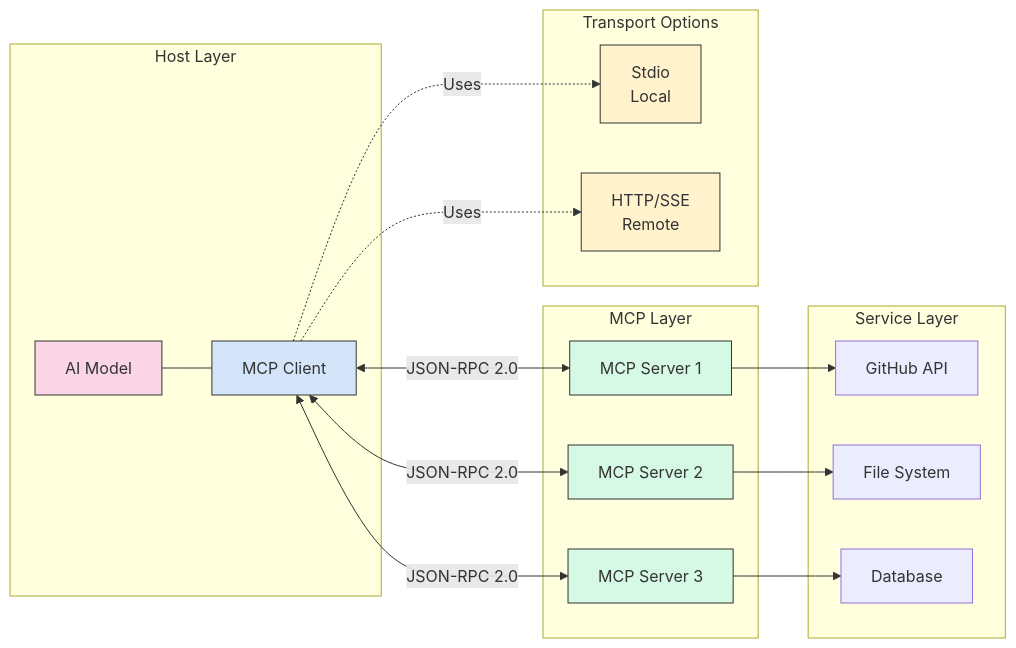
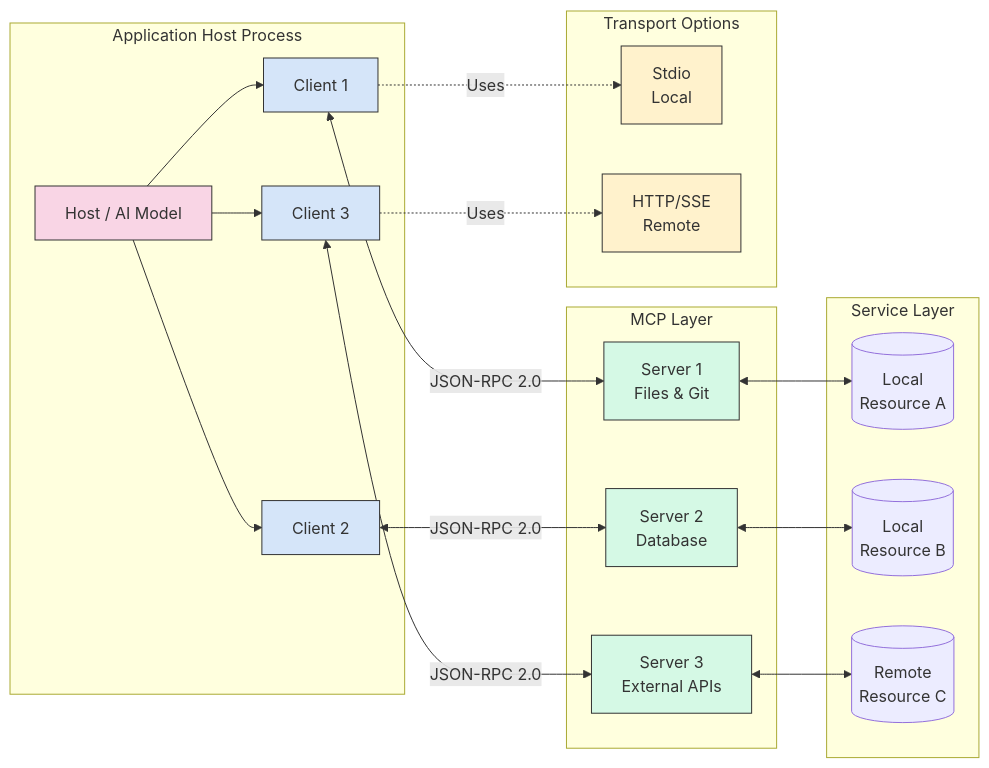
One commit to balupeddireddy08/Model_Context_Protocol_for_AI changed the fourth of 10 diagrams in concept-deep-dive/README.md. Above: the diagram before and after it, drawn with Mermaid. The commit also changed other lines of this file, not shown here.

Commit message:
Optimize MCP guide for clarity and coherence

````diff
--- a/concept-deep-dive/README.md
+++ b/concept-deep-dive/README.md
@@ -86,34 +90,50 @@
 ```mermaid
 graph LR
-    subgraph "Host Layer"
-    A[AI Model] --- B[MCP Client]
+    subgraph "Application Host Process"
+        H[Host / AI Model]
+        C1[Client 1]
+        C2[Client 2]
+        C3[Client 3]
+        H --> C1
+        H --> C2
+        H --> C3
     end
-    
+
     subgraph "MCP Layer"
-    B <-->|JSON-RPC 2.0| C[MCP Server 1]
-    B <-->|JSON-RPC 2.0| D[MCP Server 2]
-    B <-->|JSON-RPC 2.0| E[MCP Server 3]
+        S1[Server 1<br>Files & Git]
+        S2[Server 2<br>Database]
+        S3[Server 3<br>External APIs]
+        
+        C1 <-->|JSON-RPC 2.0| S1
+        C2 <-->|JSON-RPC 2.0| S2
+        C3 <-->|JSON-RPC 2.0| S3
     end
-    
+
     subgraph "Service Layer"
-    C --> F[GitHub API]
-    D --> G[File System]
-    E --> H[Database]
+        R1[("Local<br>Resource A")]
+        R2[("Local<br>Resource B")]
+        R3[("Remote<br>Resource C")]
+        
+        S1 <--> R1
+        S2 <--> R2
+        S3 <--> R3
     end
     
     subgraph "Transport Options"
     I[Stdio<br/>Local]
     J[HTTP/SSE<br/>Remote]
     end
     
-    B -.->|Uses| I
-    B -.->|Uses| J
+    C1 -.->|Uses| I
+    C3 -.->|Uses| J
     
-    style A fill:#f9d5e5,stroke:#333,stroke-width:1px
-    style B fill:#d5e5f9,stroke:#333,stroke-width:1px
-    style C fill:#d5f9e5,stroke:#333,stroke-width:1px
-    style D fill:#d5f9e5,stroke:#333,stroke-width:1px
-    style E fill:#d5f9e5,stroke:#333,stroke-width:1px
+    style H fill:#f9d5e5,stroke:#333,stroke-width:1px
+    style C1 fill:#d5e5f9,stroke:#333,stroke-width:1px
+    style C2 fill:#d5e5f9,stroke:#333,stroke-width:1px
+    style C3 fill:#d5e5f9,stroke:#333,stroke-width:1px
+    style S1 fill:#d5f9e5,stroke:#333,stroke-width:1px
+    style S2 fill:#d5f9e5,stroke:#333,stroke-width:1px
+    style S3 fill:#d5f9e5,stroke:#333,stroke-width:1px
     style I fill:#fff2cc,stroke:#333,stroke-width:1px
     style J fill:#fff2cc,stroke:#333,stroke-width:1px
 ```
````
